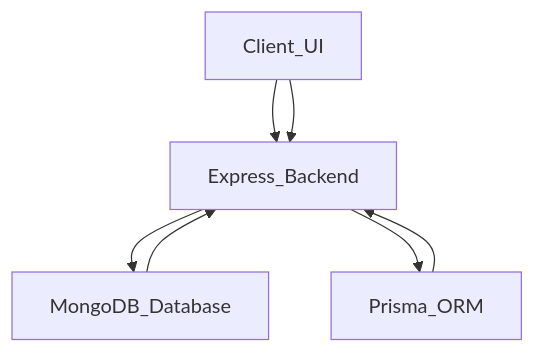
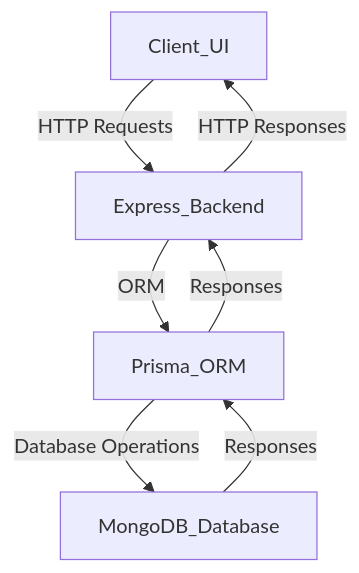
The first of 2 diagrams in README.md (habasefa/tts-api), drawn with Mermaid before and after one commit.

Commit message:
Update flowchart connections

````diff
--- a/README.md
+++ b/README.md
@@ -61,9 +61,9 @@
 ```mermaid
 flowchart TD
-    Client_UI --> Express_Backend
-    Express_Backend --> MongoDB_Database
-    Express_Backend --> Prisma_ORM
-    Prisma_ORM --> Express_Backend
-    MongoDB_Database --> Express_Backend
-    Client_UI --> Express_Backend
+    Client_UI -->|HTTP Requests| Express_Backend
+    Express_Backend -->|ORM| Prisma_ORM
+    Prisma_ORM -->|Database Operations| MongoDB_Database
+    MongoDB_Database -->|Responses| Prisma_ORM
+    Prisma_ORM -->|Responses| Express_Backend
+    Express_Backend -->|HTTP Responses| Client_UI
 ```
````
